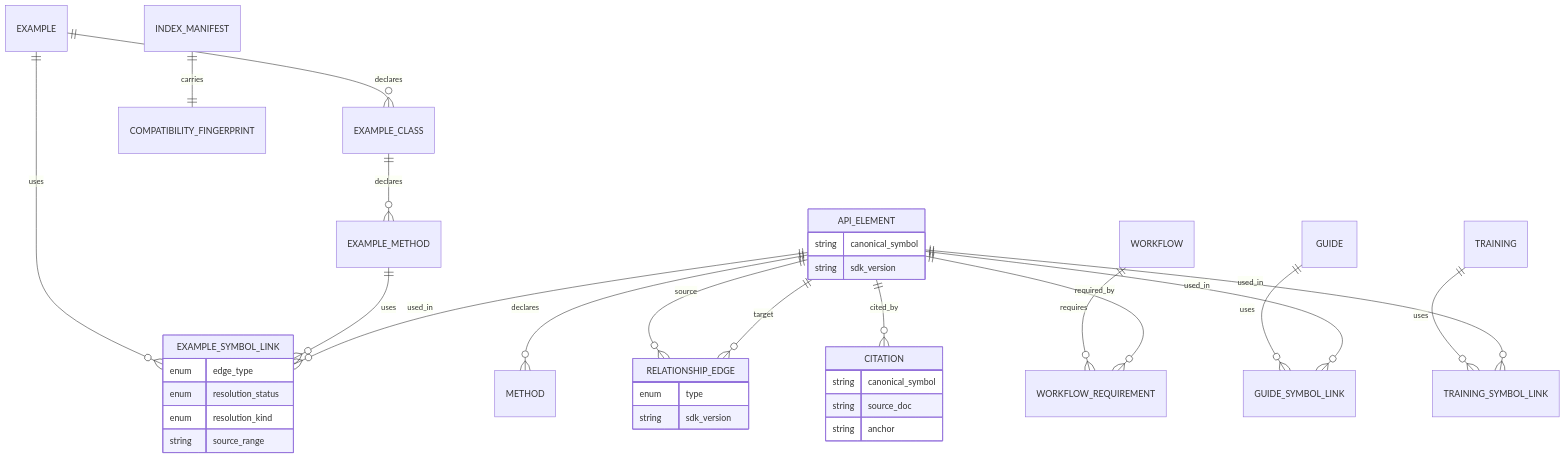
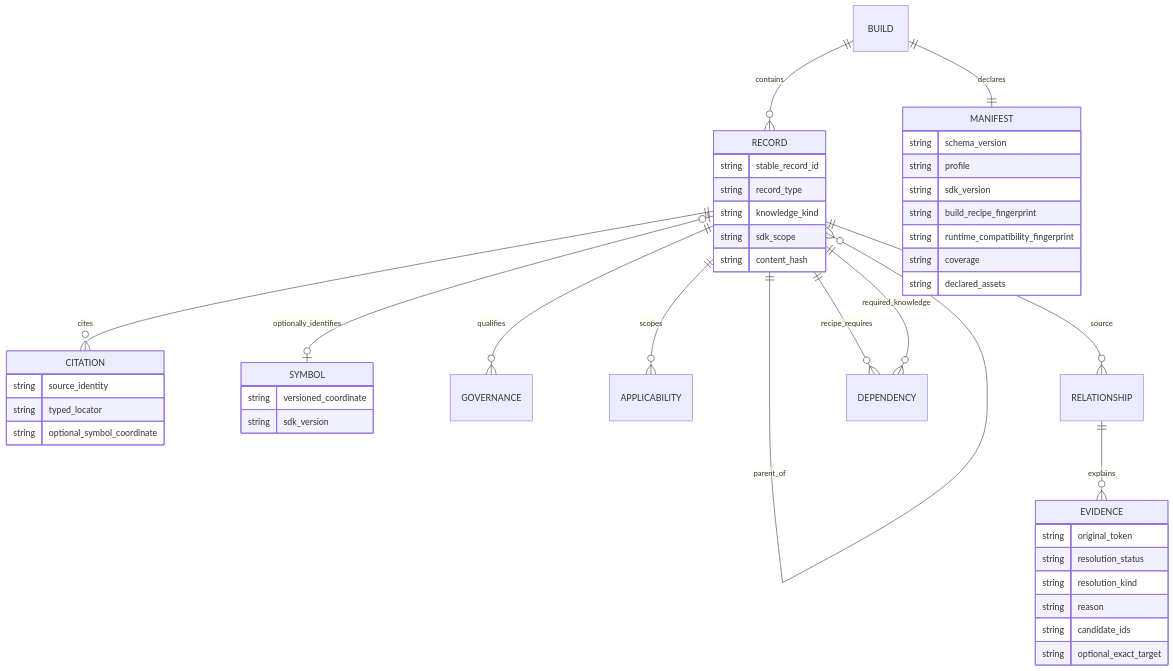
The third of 3 diagrams in _bmad-output/planning-artifacts/architecture/architecture-luciad-mcp-2026-08-20/ARCHITECTURE-SPINE.md (egamix/llsp-mcp), drawn with Mermaid before and after one commit. The commit also changed other lines of this file and 9 other files, not shown here.

````diff
--- a/_bmad-output/planning-artifacts/architecture/architecture-luciad-mcp-2026-08-20/ARCHITECTURE-SPINE.md
+++ b/_bmad-output/planning-artifacts/architecture/architecture-luciad-mcp-2026-08-20/ARCHITECTURE-SPINE.md
@@ -342,38 +326,47 @@
 ```mermaid
 erDiagram
-  API_ELEMENT ||--o{ METHOD : declares
-  API_ELEMENT ||--o{ RELATIONSHIP_EDGE : source
-  API_ELEMENT ||--o{ RELATIONSHIP_EDGE : target
-  API_ELEMENT ||--o{ CITATION : cited_by
-  EXAMPLE ||--o{ EXAMPLE_CLASS : declares
-  EXAMPLE_CLASS ||--o{ EXAMPLE_METHOD : declares
-  EXAMPLE ||--o{ EXAMPLE_SYMBOL_LINK : uses
-  EXAMPLE_METHOD ||--o{ EXAMPLE_SYMBOL_LINK : uses
-  API_ELEMENT ||--o{ EXAMPLE_SYMBOL_LINK : used_in
-  WORKFLOW ||--o{ WORKFLOW_REQUIREMENT : requires
-  API_ELEMENT ||--o{ WORKFLOW_REQUIREMENT : required_by
-  GUIDE ||--o{ GUIDE_SYMBOL_LINK : uses
-  API_ELEMENT ||--o{ GUIDE_SYMBOL_LINK : used_in
-  TRAINING ||--o{ TRAINING_SYMBOL_LINK : uses
-  API_ELEMENT ||--o{ TRAINING_SYMBOL_LINK : used_in
-  INDEX_MANIFEST ||--|| COMPATIBILITY_FINGERPRINT : carries
-  API_ELEMENT {
-    string canonical_symbol
+  BUILD ||--o{ RECORD : contains
+  BUILD ||--|| MANIFEST : declares
+  RECORD ||--o{ CITATION : cites
+  RECORD o|--o| SYMBOL : optionally_identifies
+  RECORD ||--o{ GOVERNANCE : qualifies
+  RECORD ||--o{ APPLICABILITY : scopes
+  RECORD ||--o{ RECORD : parent_of
+  RECORD ||--o{ RELATIONSHIP : source
+  RECORD ||--o{ DEPENDENCY : recipe_requires
+  DEPENDENCY }o--|| RECORD : required_knowledge
+  RELATIONSHIP ||--o{ EVIDENCE : explains
+  RECORD {
+    string stable_record_id
+    string record_type
+    string knowledge_kind
+    string sdk_scope
+    string content_hash
+  }
+  SYMBOL {
+    string versioned_coordinate
     string sdk_version
   }
-  RELATIONSHIP_EDGE {
-    enum type
+  CITATION {
+    string source_identity
+    string typed_locator
+    string optional_symbol_coordinate
+  }
+  EVIDENCE {
+    string original_token
+    string resolution_status
+    string resolution_kind
+    string reason
+    string candidate_ids
+    string optional_exact_target
+  }
+  MANIFEST {
+    string schema_version
+    string profile
     string sdk_version
-  }
-  EXAMPLE_SYMBOL_LINK {
-    enum edge_type
-    enum resolution_status
-    enum resolution_kind
-    string source_range
-  }
-  CITATION {
-    string canonical_symbol
-    string source_doc
-    string anchor
+    string build_recipe_fingerprint
+    string runtime_compatibility_fingerprint
+    string coverage
+    string declared_assets
   }
 ```
````
